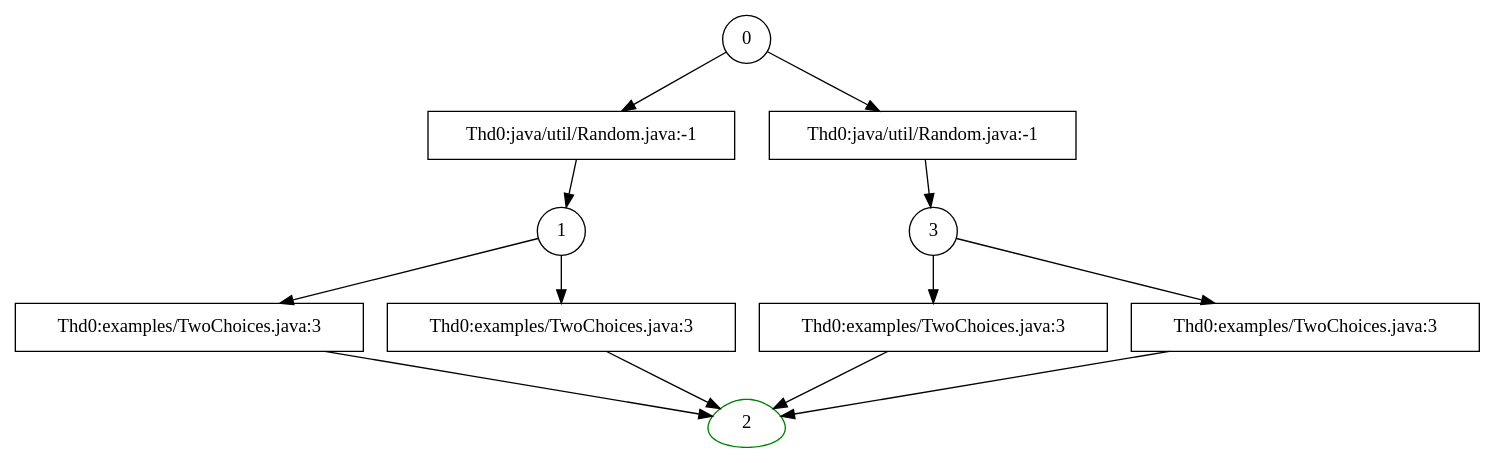
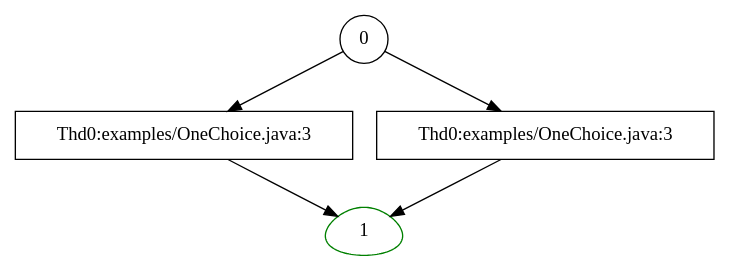
One commit to azkevin/JPF-3D-State-Space changed the diagram in jpf-3d-state-space/jpf-state-space.dot. Above: the diagram before and after it, drawn with Graphviz. The commit also changed 4 other files, not shown here.

```diff
--- a/jpf-3d-state-space/jpf-state-space.dot
+++ b/jpf-3d-state-space/jpf-state-space.dot
@@ -1,32 +1,14 @@
 digraph jpf_state_space {
 /* searchAdvanced(0, Thd0:java/util/Random.java:-1, true) */
-/* searchAdvanced(1, Thd0:java/util/Random.java:-1, true) */
+/* searchAdvanced(1, Thd0:examples/OneChoice.java:3, false) */
   st0 -> tr0;
-  tr0 [label="Thd0:java/util/Random.java:-1",shape=box]
+  tr0 [label="Thd0:examples/OneChoice.java:3",shape=box]
   tr0 -> st1;  st0 [label="0",shape=circle,color=black];
-/* searchAdvanced(2, Thd0:examples/TwoChoices.java:3, false) */
-  st1 -> tr1;
-  tr1 [label="Thd0:examples/TwoChoices.java:3",shape=box]
-  tr1 -> st2;  st1 [label="1",shape=circle,color=black];
-  st2 [label="2",shape=egg,color=green];
-/* searchBacktracked(gov.nasa.jpf.listener.StateSpaceDot$StateInformation@23faf8f2) */
-/* searchAdvanced(2, Thd0:examples/TwoChoices.java:3, false) */
-  st1 -> tr2;
-  tr2 [label="Thd0:examples/TwoChoices.java:3",shape=box]
-  tr2 -> st2;/* searchBacktracked(gov.nasa.jpf.listener.StateSpaceDot$StateInformation@23faf8f2) */
-/* searchBacktracked(gov.nasa.jpf.listener.StateSpaceDot$StateInformation@23faf8f2) */
-/* searchAdvanced(3, Thd0:java/util/Random.java:-1, true) */
-  st0 -> tr3;
-  tr3 [label="Thd0:java/util/Random.java:-1",shape=box]
-  tr3 -> st3;/* searchAdvanced(2, Thd0:examples/TwoChoices.java:3, false) */
-  st3 -> tr4;
-  tr4 [label="Thd0:examples/TwoChoices.java:3",shape=box]
-  tr4 -> st2;  st3 [label="3",shape=circle,color=black];
-/* searchBacktracked(gov.nasa.jpf.listener.StateSpaceDot$StateInformation@23faf8f2) */
-/* searchAdvanced(2, Thd0:examples/TwoChoices.java:3, false) */
-  st3 -> tr5;
-  tr5 [label="Thd0:examples/TwoChoices.java:3",shape=box]
-  tr5 -> st2;/* searchBacktracked(gov.nasa.jpf.listener.StateSpaceDot$StateInformation@23faf8f2) */
-/* searchBacktracked(gov.nasa.jpf.listener.StateSpaceDot$StateInformation@23faf8f2) */
-/* searchBacktracked(gov.nasa.jpf.listener.StateSpaceDot$StateInformation@23faf8f2) */
+  st1 [label="1",shape=egg,color=green];
+/* searchBacktracked(gov.nasa.jpf.listener.StateSpaceDot$StateInformation@1786dec2) */
+/* searchAdvanced(1, Thd0:examples/OneChoice.java:3, false) */
+  st0 -> tr1;
+  tr1 [label="Thd0:examples/OneChoice.java:3",shape=box]
+  tr1 -> st1;/* searchBacktracked(gov.nasa.jpf.listener.StateSpaceDot$StateInformation@1786dec2) */
+/* searchBacktracked(gov.nasa.jpf.listener.StateSpaceDot$StateInformation@1786dec2) */
 }
```
